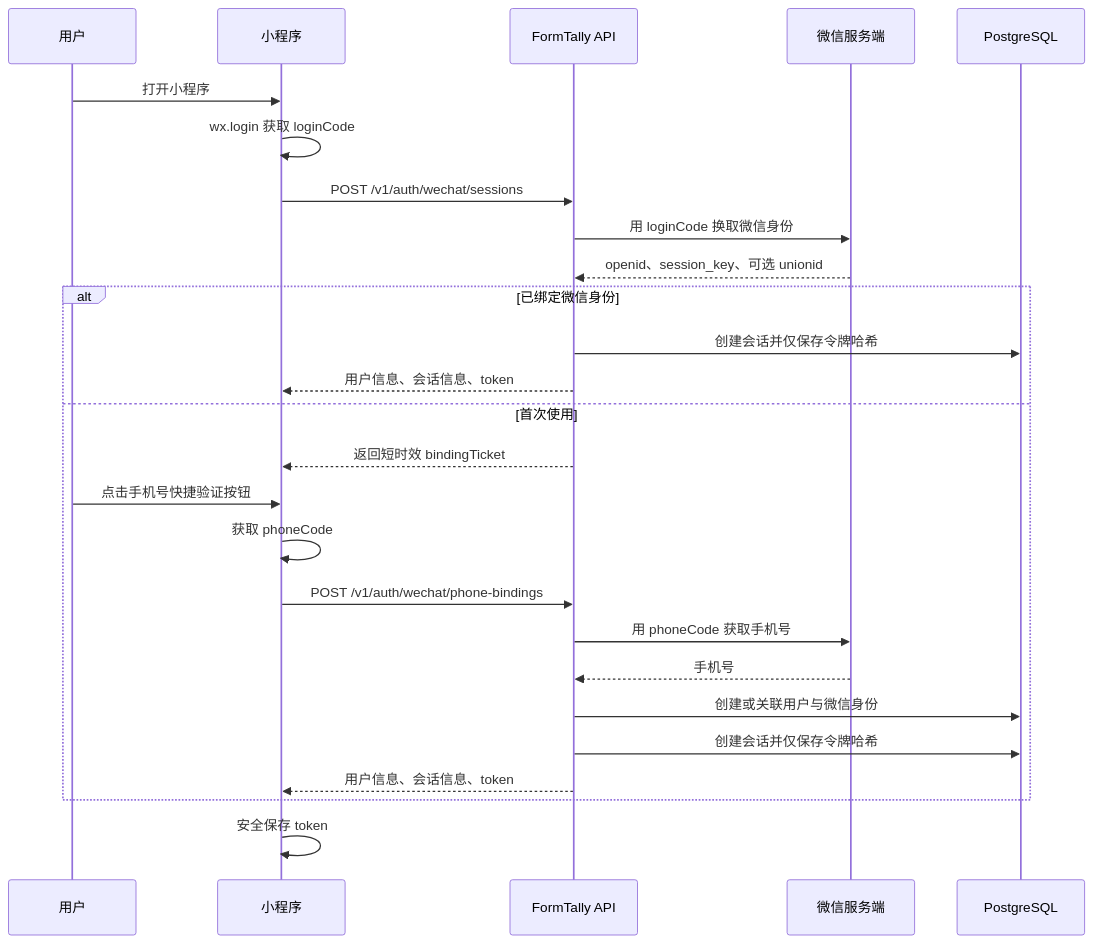
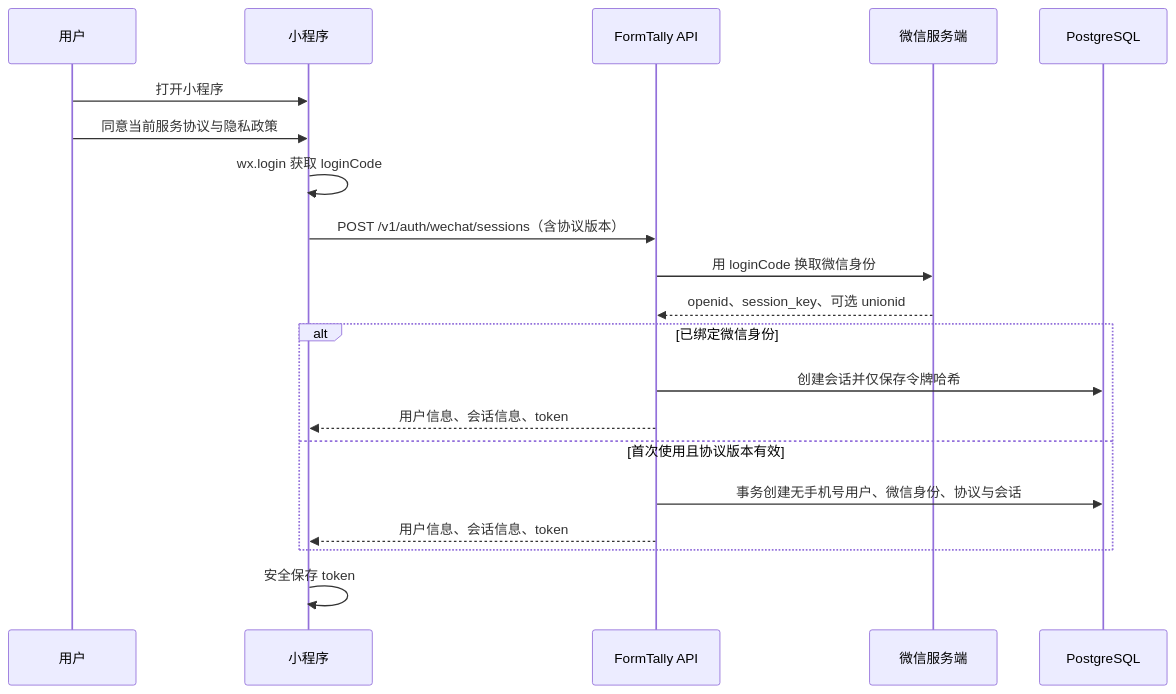
The second of 2 diagrams in docs/superpowers/specs/2026-09-14-wechat-miniprogram-design.md (GnEveLynn/FormTally), drawn with Mermaid before and after one commit. The commit also changed other lines of this file and 31 other files, not shown here.

````diff
--- a/docs/superpowers/specs/2026-09-14-wechat-miniprogram-design.md
+++ b/docs/superpowers/specs/2026-09-14-wechat-miniprogram-design.md
@@ -89,29 +89,23 @@
 ```mermaid
 sequenceDiagram
     participant U as 用户
     participant MP as 小程序
     participant API as FormTally API
     participant WX as 微信服务端
     participant DB as PostgreSQL
 
     U->>MP: 打开小程序
+    U->>MP: 同意当前服务协议与隐私政策
     MP->>MP: wx.login 获取 loginCode
-    MP->>API: POST /v1/auth/wechat/sessions
+    MP->>API: POST /v1/auth/wechat/sessions（含协议版本）
     API->>WX: 用 loginCode 换取微信身份
     WX-->>API: openid、session_key、可选 unionid
     alt 已绑定微信身份
         API->>DB: 创建会话并仅保存令牌哈希
         API-->>MP: 用户信息、会话信息、token
-    else 首次使用
-        API-->>MP: 返回短时效 bindingTicket
-        U->>MP: 点击手机号快捷验证按钮
-        MP->>MP: 获取 phoneCode
-        MP->>API: POST /v1/auth/wechat/phone-bindings
-        API->>WX: 用 phoneCode 获取手机号
-        WX-->>API: 手机号
-        API->>DB: 创建或关联用户与微信身份
-        API->>DB: 创建会话并仅保存令牌哈希
+    else 首次使用且协议版本有效
+        API->>DB: 事务创建无手机号用户、微信身份、协议与会话
         API-->>MP: 用户信息、会话信息、token
     end
     MP->>MP: 安全保存 token
 ```
````
